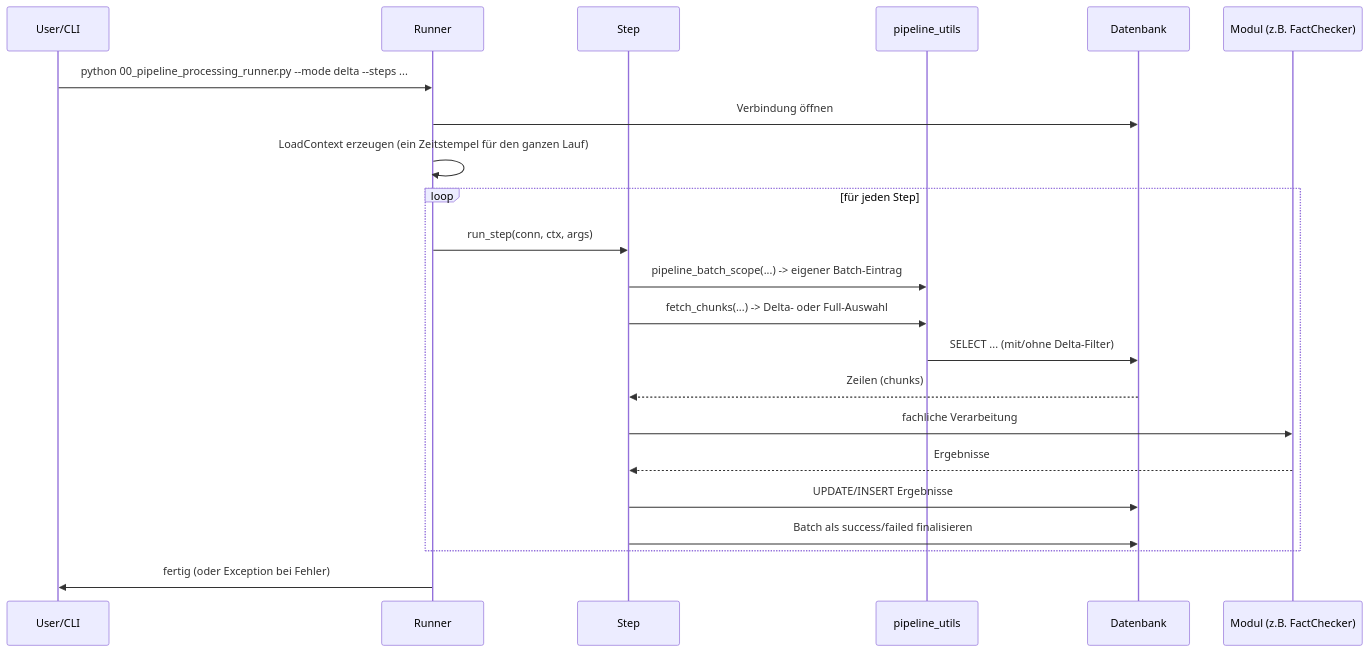
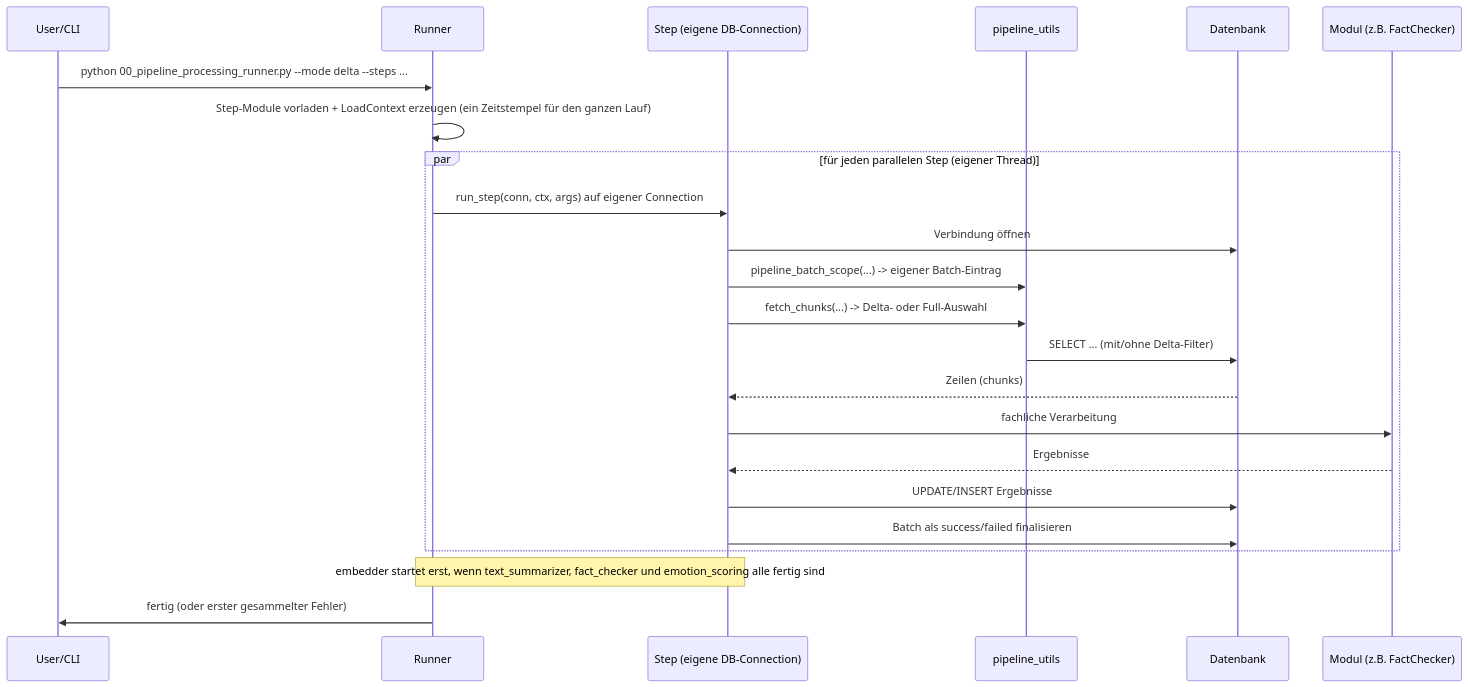
The third of 3 diagrams in docs/silver_enriched/01_architecture.md (Tilmanzzz/media-lens), drawn with Mermaid before and after one commit. The commit also changed other lines of this file and 15 other files, not shown here.

Commit message:
stand: updated docs, multithreading im pipeline runner und im fact checker, robust and generic loading  strategy

````diff
--- a/docs/silver_enriched/01_architecture.md
+++ b/docs/silver_enriched/01_architecture.md
@@ -90,25 +142,26 @@
 ```mermaid
 sequenceDiagram
     participant U as User/CLI
     participant R as Runner
-    participant S as Step
+    participant S as Step (eigene DB-Connection)
     participant PU as pipeline_utils
     participant DB as Datenbank
     participant M as Modul (z.B. FactChecker)
 
     U->>R: python 00_pipeline_processing_runner.py --mode delta --steps ...
-    R->>DB: Verbindung öffnen
-    R->>R: LoadContext erzeugen (ein Zeitstempel für den ganzen Lauf)
-    loop für jeden Step
-        R->>S: run_step(conn, ctx, args)
+    R->>R: Step-Module vorladen + LoadContext erzeugen (ein Zeitstempel für den ganzen Lauf)
+    par für jeden parallelen Step (eigener Thread)
+        R->>S: run_step(conn, ctx, args) auf eigener Connection
+        S->>DB: Verbindung öffnen
         S->>PU: pipeline_batch_scope(...) -> eigener Batch-Eintrag
         S->>PU: fetch_chunks(...) -> Delta- oder Full-Auswahl
         PU->>DB: SELECT ... (mit/ohne Delta-Filter)
         DB-->>S: Zeilen (chunks)
         S->>M: fachliche Verarbeitung
         M-->>S: Ergebnisse
         S->>DB: UPDATE/INSERT Ergebnisse
         S->>DB: Batch als success/failed finalisieren
     end
-    R->>U: fertig (oder Exception bei Fehler)
+    Note over R,S: embedder startet erst, wenn text_summarizer, fact_checker und emotion_scoring alle fertig sind
+    R->>U: fertig (oder erster gesammelter Fehler)
 ```
````
